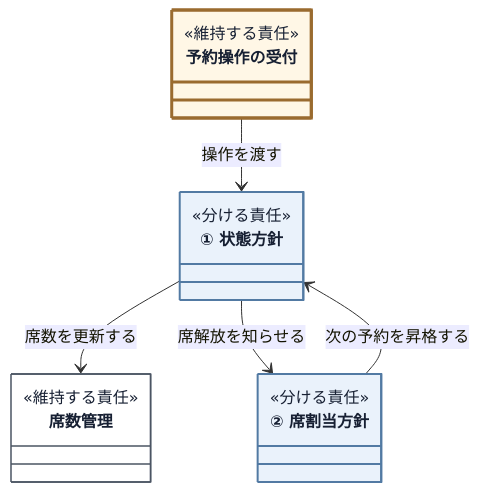
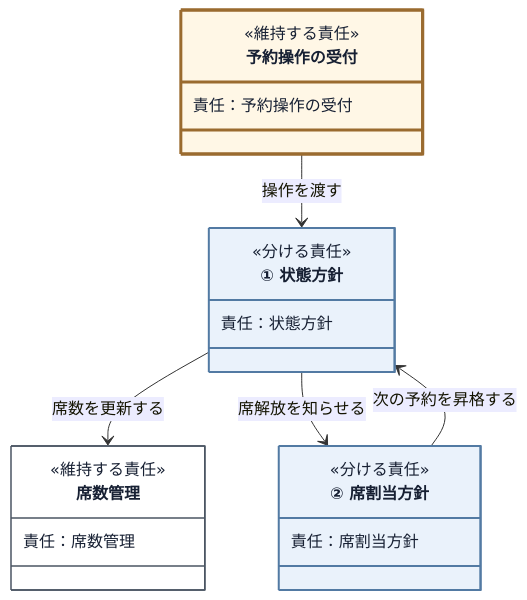
One commit to kumachan1101-pixel/DesignPattern changed diagram 11 of 21 in kindle/design-patterns/books/volume01-core-patterns/output/04-chapter02.md. Above: the diagram before and after it, drawn with Mermaid. The commit also changed other lines of this file and 19 other files, not shown here.

````diff
--- a/kindle/design-patterns/books/volume01-core-patterns/output/04-chapter02.md
+++ b/kindle/design-patterns/books/volume01-core-patterns/output/04-chapter02.md
@@ -1433,25 +1415,29 @@
 ```mermaid
 classDiagram
     %% provisional-role-diagram
     direction TB
     class ReservationEntry["予約操作の受付"]:::current {
         <<維持する責任>>
+        責任：予約操作の受付
     }
     class StatePolicy["① 状態方針"]:::separated {
         <<分ける責任>>
+        責任：状態方針
     }
     class WaitPolicy["② 席割当方針"]:::separated {
         <<分ける責任>>
+        責任：席割当方針
     }
     class SeatCount["席数管理"]:::stable {
         <<維持する責任>>
+        責任：席数管理
     }
     ReservationEntry --> StatePolicy : 操作を渡す
     StatePolicy --> SeatCount : 席数を更新する
     StatePolicy --> WaitPolicy : 席解放を知らせる
     WaitPolicy --> StatePolicy : 次の予約を昇格する
 
     classDef stable fill:#ffffff,stroke:#4b5563,stroke-width:1.5px,color:#172033;
     classDef separated fill:#eaf2fb,stroke:#527aa3,stroke-width:2px,color:#172033;
     classDef current fill:#fff7e6,stroke:#9a6b2f,stroke-width:3px,color:#172033;
 ```
````
